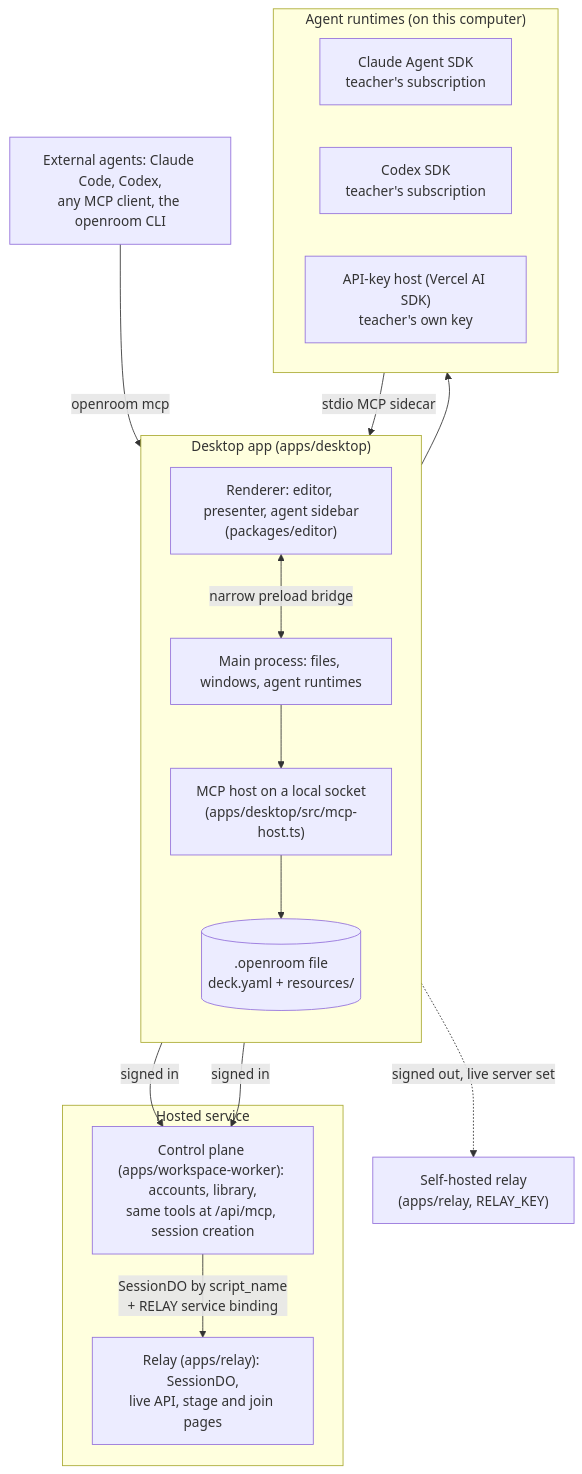
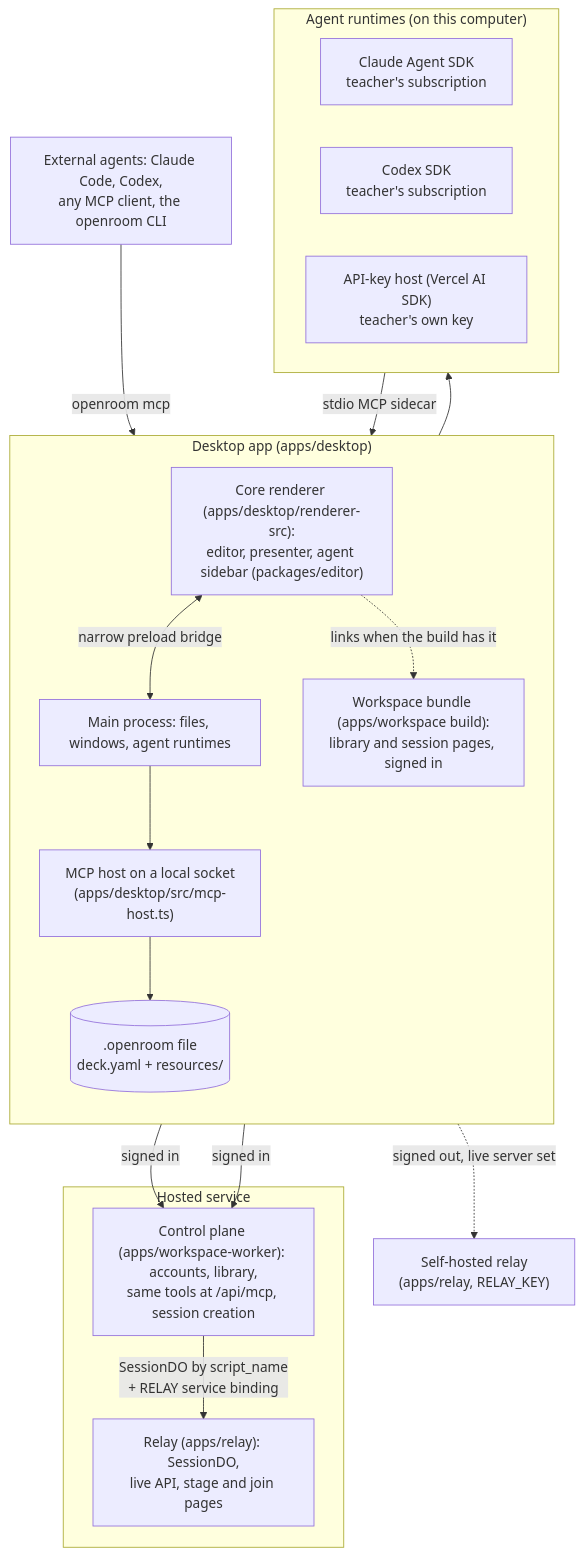
Before and after one commit to wisdomousai/openroom: the first of 5 diagrams in docs/ARCHITECTURE.md, drawn with Mermaid. The commit also changed other lines of this file and 6 other files, not shown here.

Commit message:
docs: describe Desktop's core renderer and the two renderer bundles

````diff
--- a/docs/ARCHITECTURE.md
+++ b/docs/ARCHITECTURE.md
@@ -25,29 +25,31 @@
 ```mermaid
 flowchart TB
   subgraph Desktop["Desktop app (apps/desktop)"]
     direction TB
-    R["Renderer: editor, presenter, agent sidebar<br/>(packages/editor)"]
+    R["Core renderer (apps/desktop/renderer-src):<br/>editor, presenter, agent sidebar (packages/editor)"]
+    WB["Workspace bundle (apps/workspace build):<br/>library and session pages, signed in"]
     M["Main process: files, windows, agent runtimes"]
     S["MCP host on a local socket<br/>(apps/desktop/src/mcp-host.ts)"]
     F[(".openroom file<br/>deck.yaml + resources/")]
     R <-->|narrow preload bridge| M
+    R -.->|links when the build has it| WB
     M --> S
     S --> F
   end
   subgraph Agents["Agent runtimes (on this computer)"]
     C1["Claude Agent SDK<br/>teacher's subscription"]
     C2["Codex SDK<br/>teacher's subscription"]
     C3["API-key host (Vercel AI SDK)<br/>teacher's own key"]
   end
   M --> Agents
   Agents -->|stdio MCP sidecar| S
   X["External agents: Claude Code, Codex,<br/>any MCP client, the openroom CLI"] -->|openroom mcp| S
   subgraph Hosted["Hosted service"]
     W["Control plane (apps/workspace-worker): accounts, library,<br/>same tools at /api/mcp, session creation"]
     RL["Relay (apps/relay): SessionDO,<br/>live API, stage and join pages"]
     W -->|SessionDO by script_name<br/>+ RELAY service binding| RL
   end
   S -->|signed in| W
   R -->|signed in| W
   R -.->|signed out, live server set| SR["Self-hosted relay<br/>(apps/relay, RELAY_KEY)"]
 ```
````
